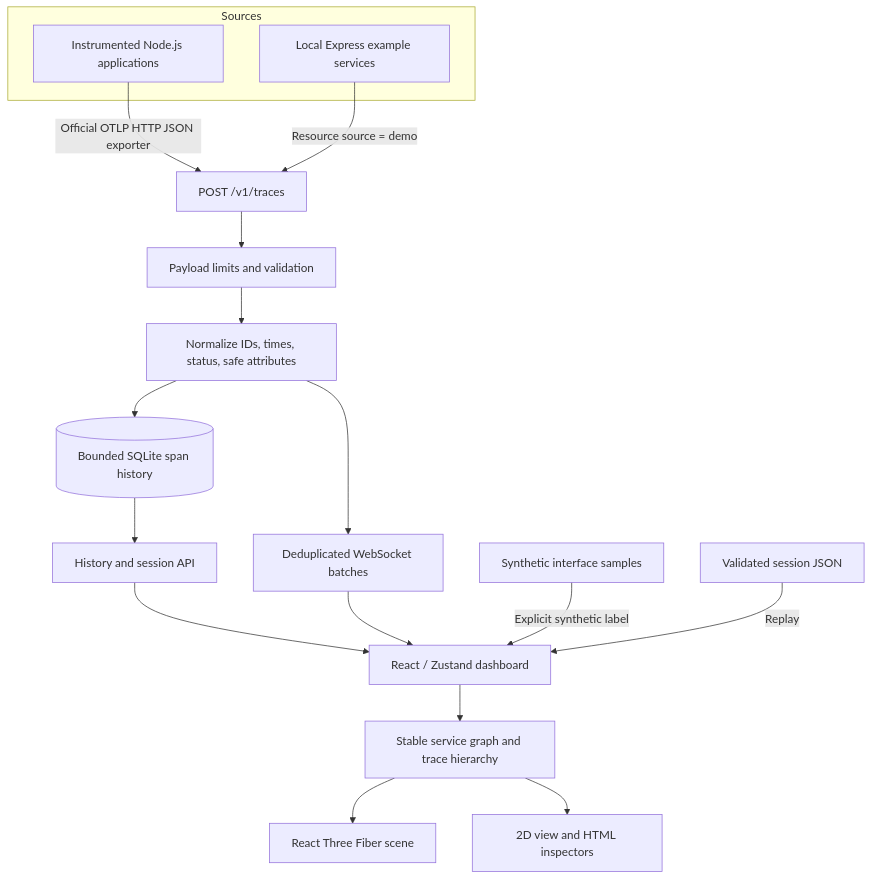
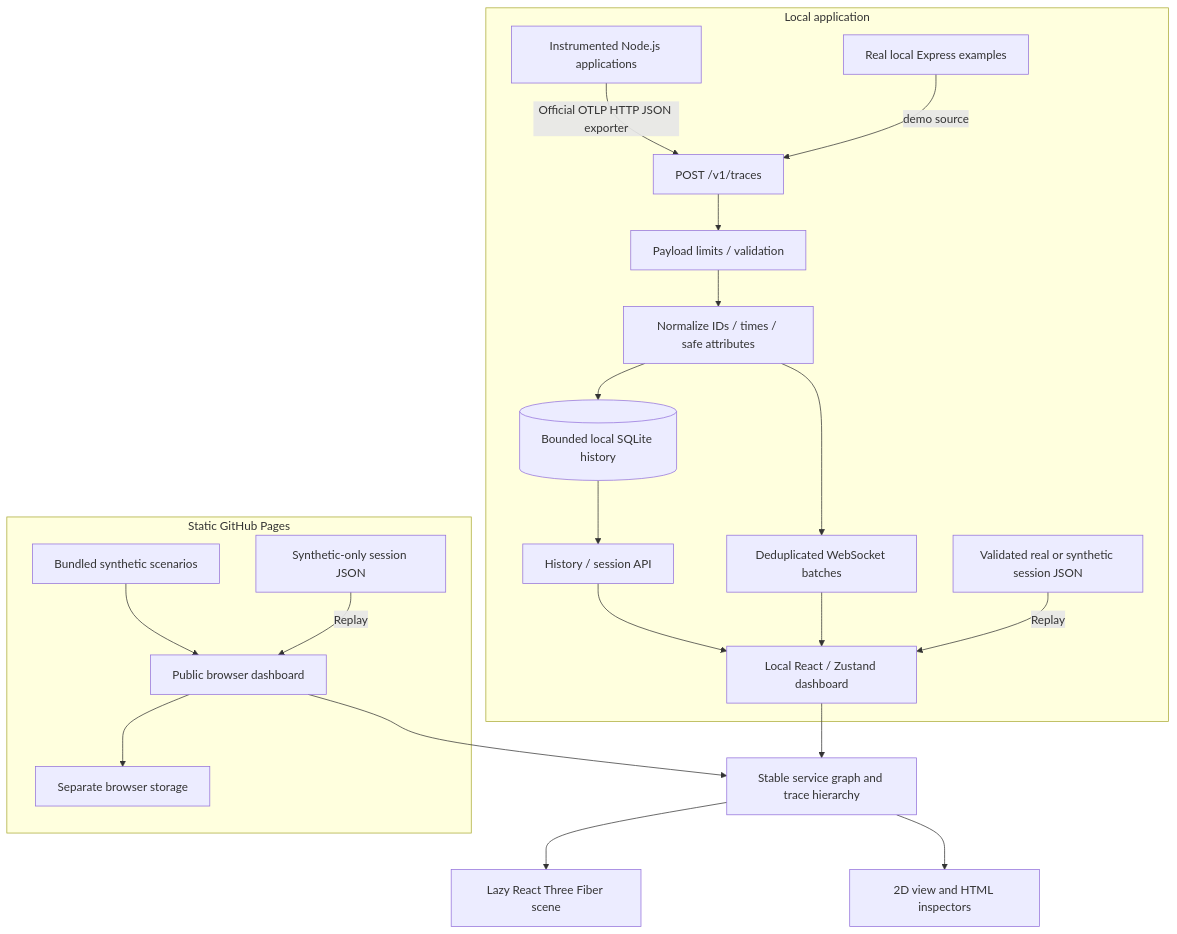
Before and after one commit to prohz189hh-boop/traceverse: the diagram in docs/architecture.md, drawn with Mermaid. The commit also changed other lines of this file and 76 other files, not shown here.

Commit message:
feat: add synthetic Pages demo, scenarios and efficient 3D renderer

````diff
--- a/docs/architecture.md
+++ b/docs/architecture.md
@@ -5,21 +5,24 @@
 ```mermaid
 flowchart TD
-  subgraph Sources
-    APP[Instrumented Node.js applications]
-    DEMO[Local Express example services]
+  subgraph LOCAL[Local application]
+    APP[Instrumented Node.js applications] -->|Official OTLP HTTP JSON exporter| INGEST[POST /v1/traces]
+    DEMO[Real local Express examples] -->|demo source| INGEST
+    INGEST --> VALIDATE[Payload limits / validation]
+    VALIDATE --> NORMALIZE[Normalize IDs / times / safe attributes]
+    NORMALIZE --> STORAGE[(Bounded local SQLite history)]
+    NORMALIZE --> STREAM[Deduplicated WebSocket batches]
+    STORAGE --> REST[History / session API]
+    REST --> WEB[Local React / Zustand dashboard]
+    STREAM --> WEB
+    IMPORT[Validated real or synthetic session JSON] -->|Replay| WEB
   end
-  APP -->|Official OTLP HTTP JSON exporter| INGEST[POST /v1/traces]
-  DEMO -->|Resource source = demo| INGEST
-  INGEST --> VALIDATE[Payload limits and validation]
-  VALIDATE --> CORE[Normalize IDs, times, status, safe attributes]
-  CORE --> STORAGE[(Bounded SQLite span history)]
-  CORE --> STREAM[Deduplicated WebSocket batches]
-  STORAGE --> REST[History and session API]
-  REST --> WEB[React / Zustand dashboard]
-  STREAM --> WEB
+  subgraph PUBLIC[Static GitHub Pages]
+    SYN[Bundled synthetic scenarios] --> STATIC[Public browser dashboard]
+    SAFE[Synthetic-only session JSON] -->|Replay| STATIC
+    STATIC --> BROWSER[Separate browser storage]
+  end
   WEB --> GRAPH[Stable service graph and trace hierarchy]
-  GRAPH --> THREE[React Three Fiber scene]
+  STATIC --> GRAPH
+  GRAPH --> THREE[Lazy React Three Fiber scene]
   GRAPH --> HTML[2D view and HTML inspectors]
-  SYN[Synthetic interface samples] -->|Explicit synthetic label| WEB
-  IMPORT[Validated session JSON] -->|Replay| WEB
 ```
````
